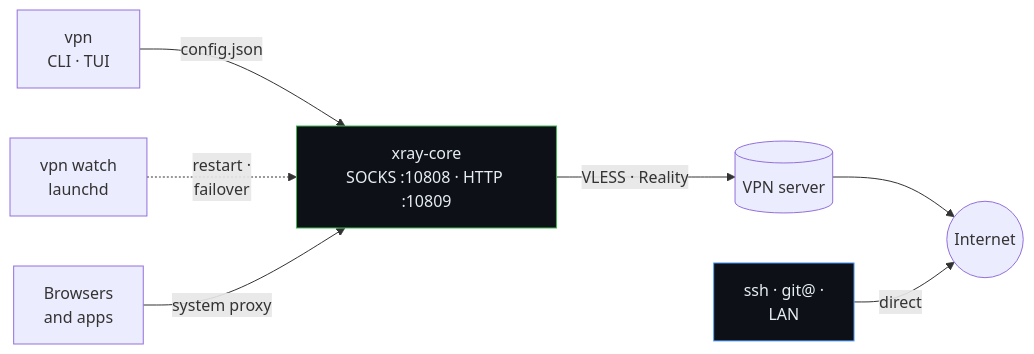
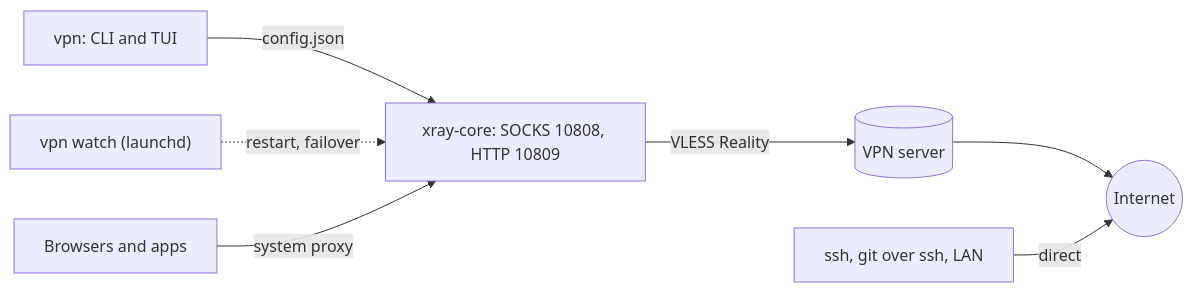
One commit to pnnnx/vpn changed the diagram in README.en.md. Above: the diagram before and after it, drawn with Mermaid. The commit also changed 1 other file, not shown here.

Commit message:
docs: схема Mermaid в совместимом с GitHub синтаксисе
Claude-Session: https://claude.ai/code/session_01XiVDQUEENVWp7Wa1XiEGzp

````diff
--- a/README.en.md
+++ b/README.en.md
@@ -98,12 +98,9 @@
 ```mermaid
 flowchart LR
-    U["vpn<br/>CLI · TUI"] -- "config.json" --> X["xray-core<br/>SOCKS :10808 · HTTP :10809"]
-    W["vpn watch<br/>launchd"] -. "restart ·<br/>failover" .-> X
-    A["Browsers<br/>and apps"] -- "system proxy" --> X
-    X -- "VLESS · Reality" --> S[("VPN server")]
+    U["vpn: CLI and TUI"] -->|config.json| X["xray-core: SOCKS 10808, HTTP 10809"]
+    W["vpn watch (launchd)"] -.->|restart, failover| X
+    A["Browsers and apps"] -->|system proxy| X
+    X -->|VLESS Reality| S[("VPN server")]
     S --> I(("Internet"))
-    T["ssh · git@ ·<br/>LAN"] -- "direct" --> I
-
-    style X fill:#0d1117,stroke:#3fb950,color:#e6edf3
-    style T fill:#0d1117,stroke:#58a6ff,color:#e6edf3
+    T["ssh, git over ssh, LAN"] -->|direct| I
 ```
````
